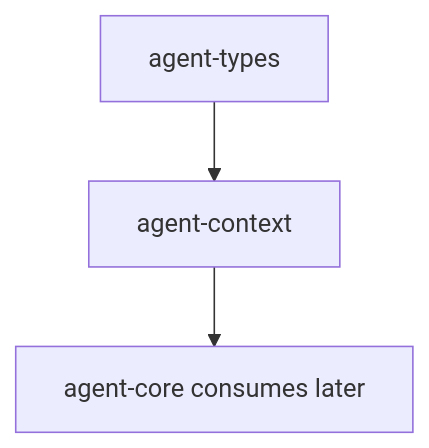
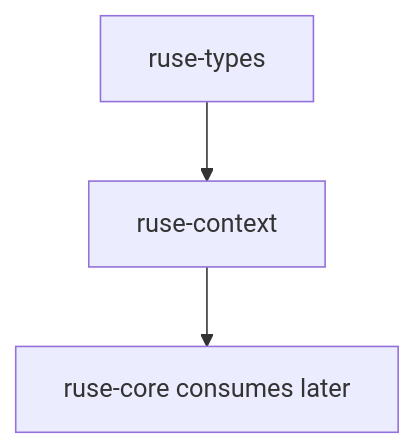
The diagram in docs/specs/M05-01-prompt-layers.spec.md (poneding/agent), drawn with Mermaid before and after one commit. The commit also changed other lines of this file and 2091 other files, not shown here.

First line of the commit message:
refactor: rename agent branding to ruse

````diff
--- a/docs/specs/M05-01-prompt-layers.spec.md
+++ b/docs/specs/M05-01-prompt-layers.spec.md
@@ -32,5 +32,5 @@
 ```mermaid
 flowchart TD
-  agent_types["agent-types"] --> agent_context["agent-context"]
-  agent_context --> agent_core["agent-core consumes later"]
+  ruse_types["ruse-types"] --> ruse_context["ruse-context"]
+  ruse_context --> ruse_core["ruse-core consumes later"]
 ```
````
